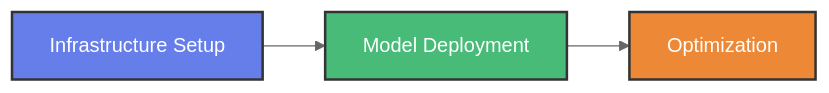
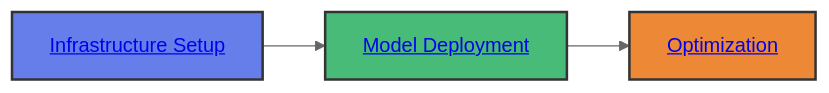
One commit to Atom-oh/ai-on-eks changed the first of 2 diagrams in website/docs/infra/inference/index.md. Above: the diagram before and after it, drawn with Mermaid (neutral theme).

Commit message:
Add hyperlinks to lifecycle overview diagram boxes

````diff
--- a/website/docs/infra/inference/index.md
+++ b/website/docs/infra/inference/index.md
@@ -13,9 +13,9 @@
 ```mermaid
 graph LR
-    A[Infrastructure Setup] --> B[Model Deployment]
-    B --> C[Optimization]
+    A[<a href='./inference-ready-cluster'>Infrastructure Setup</a>] --> B[<a href='../../blueprints/inference/inference-charts'>Model Deployment</a>]
+    B --> C[<a href='../../guidance/'>Optimization</a>]
     
     style A fill:#667eea,stroke:#333,stroke-width:2px,color:#fff
     style B fill:#48bb78,stroke:#333,stroke-width:2px,color:#fff
     style C fill:#ed8936,stroke:#333,stroke-width:2px,color:#fff
 ```
````
